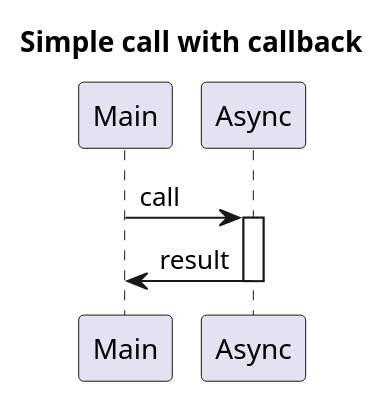
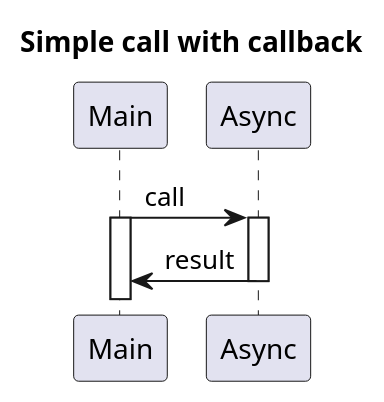
The diagram in docs/uml/async.puml (SciProgCentre/controls-kt), drawn with PlantUML before and after one commit. The commit also changed 65 other files, not shown here.

```diff
--- a/docs/uml/async.puml
+++ b/docs/uml/async.puml
@@ -1,9 +1,11 @@
 @startuml
 title Simple call with callback
+
 Main -> Async: call
+activate Main
 activate Async
 
 Async -> Main: result
 deactivate Async
 
 @enduml
```
